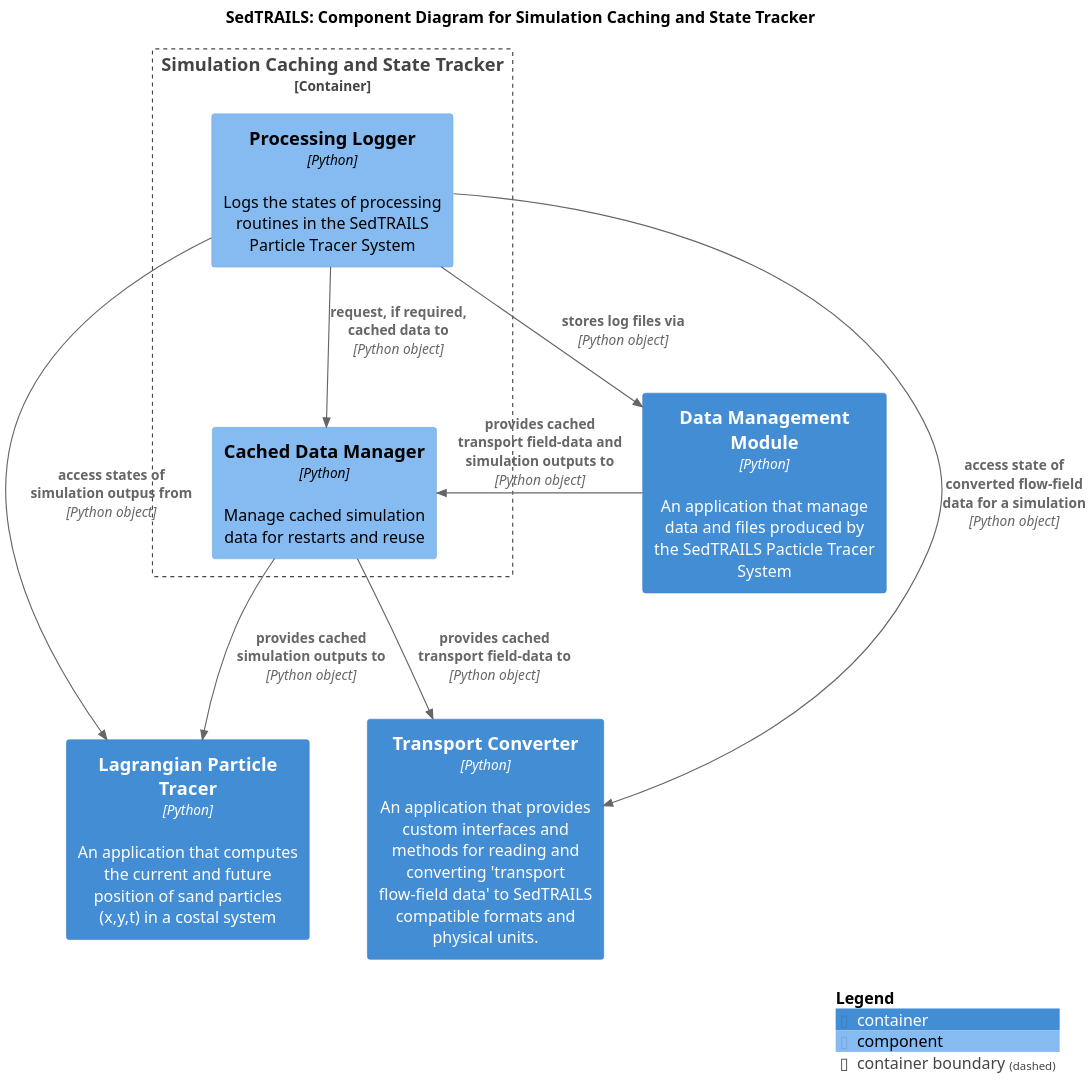
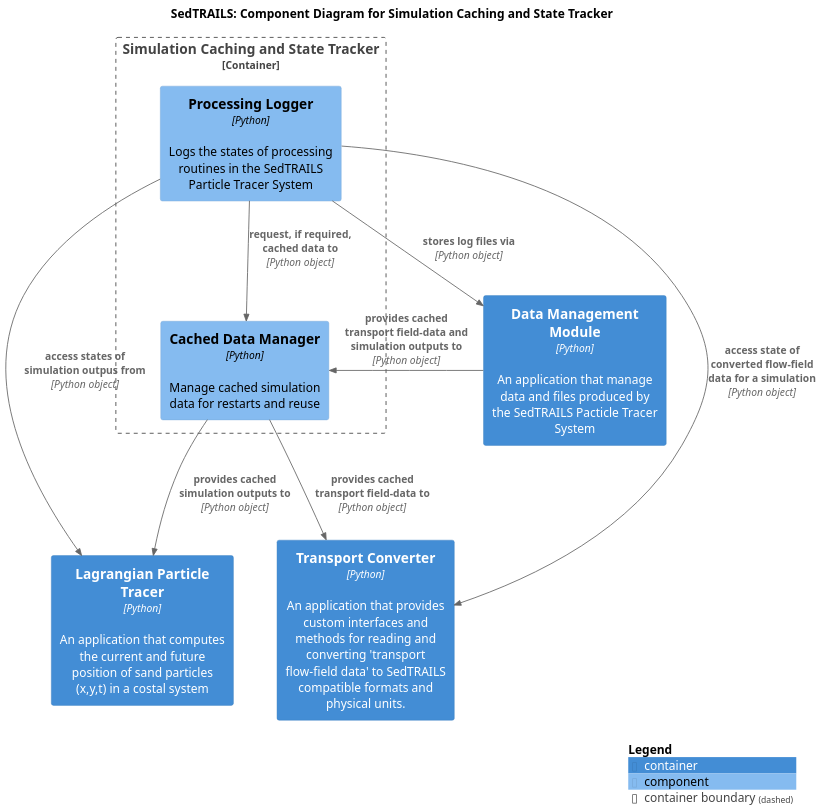
The diagram in diagrams/componets-cache-app.puml (sgpearson17/sedtrails-sgp), drawn with PlantUML before and after one commit. The commit also changed 7 other files, not shown here.

```diff
--- a/diagrams/componets-cache-app.puml
+++ b/diagrams/componets-cache-app.puml
@@ -1,30 +1,30 @@
 @startuml SedtrailComponentsCache
 !include ./c4/C4_Component.puml
 
 ' LAYOUT_LANDSCAPE()
 
 title SedTRAILS: Component Diagram for Simulation Caching and State Tracker
-scale 2
+scale 1.5
 
 Container(sedtrailsTracer, "Lagrangian Particle Tracer", "Python", "An application that computes the current and future position of sand particles (x,y,t) in a costal system")
 
 Container(dataManager, "Data Management Module", "Python", "An application that manage data and files produced by the SedTRAILS Pacticle Tracer System")
 
 Container(transportConverter, "Transport Converter", "Python", "An application that provides custom interfaces and methods for reading and converting 'transport flow-field data' to SedTRAILS compatible formats and physical units.")
 
 Container_Boundary(cache, "Simulation Caching and State Tracker", "Python", "Tracks simulation state and recovers simulation outputs to allow restarts, and reusing simulation inputs and outputs"){
     Component(logger, "Processing Logger", "Python", "Logs the states of processing routines in the SedTRAILS Particle Tracer System")
     Component(cacheData, "Cached Data Manager", "Python", "Manage cached simulation data for restarts and reuse")
 }
 
 Rel(logger, transportConverter, "access state of converted flow-field data for a simulation", "Python object")
 Rel(logger, sedtrailsTracer, "access states of simulation outpus from", "Python object")
 Rel(logger, cacheData , "request, if required, cached data to", "Python object")
 
 Rel(dataManager, cacheData, "provides cached transport field-data and simulation outputs to", "Python object")
 Rel(cacheData, transportConverter, "provides cached transport field-data to", "Python object")
 Rel(cacheData, sedtrailsTracer, "provides cached simulation outputs to", "Python object")
 Rel(logger, dataManager, "stores log files via", "Python object")
 
 SHOW_LEGEND()
 @enduml
```
